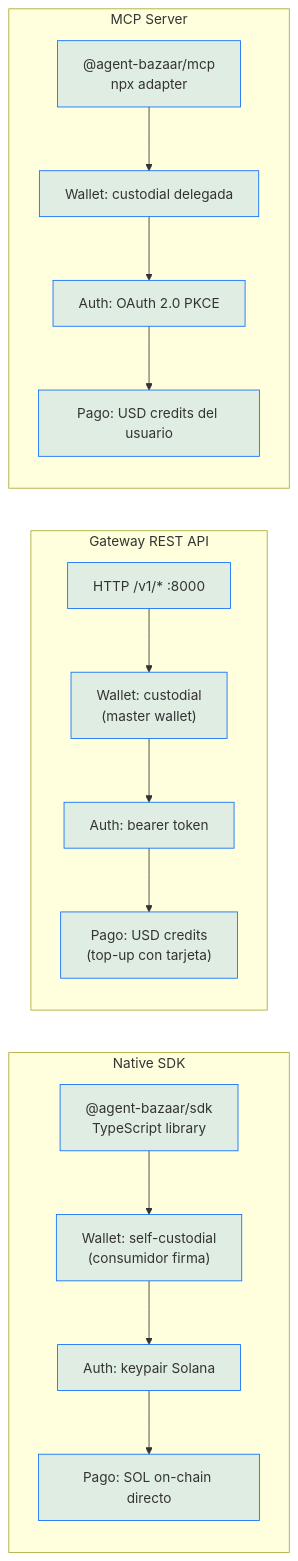
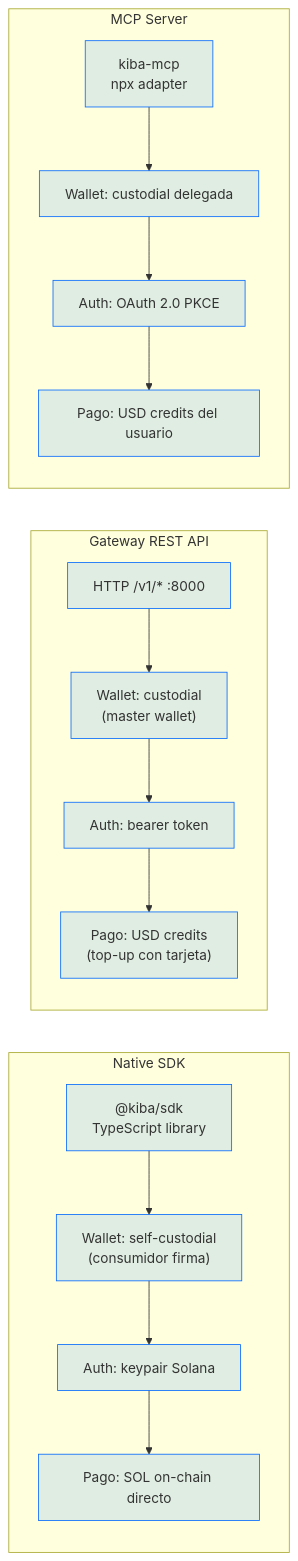
Before and after one commit to CoKeFish/kiba: the second of 11 diagrams in docs/architecture.md, drawn with Mermaid. The commit also changed other lines of this file and 94 other files, not shown here.

First line of the commit message:
chore: rebrand agent-bazaar → kiba across the monorepo

````diff
--- a/docs/architecture.md
+++ b/docs/architecture.md
@@ -75,32 +75,32 @@
 ```mermaid
 flowchart LR
     subgraph chan1["Native SDK"]
         direction TB
-        S1["@agent-bazaar/sdk<br/>TypeScript library"]
+        S1["@kiba/sdk<br/>TypeScript library"]
         S2["Wallet: self-custodial<br/>(consumidor firma)"]
         S3["Auth: keypair Solana"]
         S4["Pago: SOL on-chain directo"]
         S1 --> S2 --> S3 --> S4
     end
 
     subgraph chan2["Gateway REST API"]
         direction TB
         G1["HTTP /v1/* :8000"]
         G2["Wallet: custodial<br/>(master wallet)"]
         G3["Auth: bearer token"]
         G4["Pago: USD credits<br/>(top-up con tarjeta)"]
         G1 --> G2 --> G3 --> G4
     end
 
     subgraph chan3["MCP Server"]
         direction TB
-        M1["@agent-bazaar/mcp<br/>npx adapter"]
+        M1["kiba-mcp<br/>npx adapter"]
         M2["Wallet: custodial delegada"]
         M3["Auth: OAuth 2.0 PKCE"]
         M4["Pago: USD credits del usuario"]
         M1 --> M2 --> M3 --> M4
     end
 
     classDef chanStyle fill:#0d6efd20,stroke:#0d6efd
     class S1,S2,S3,S4,G1,G2,G3,G4,M1,M2,M3,M4 chanStyle
 ```
````
